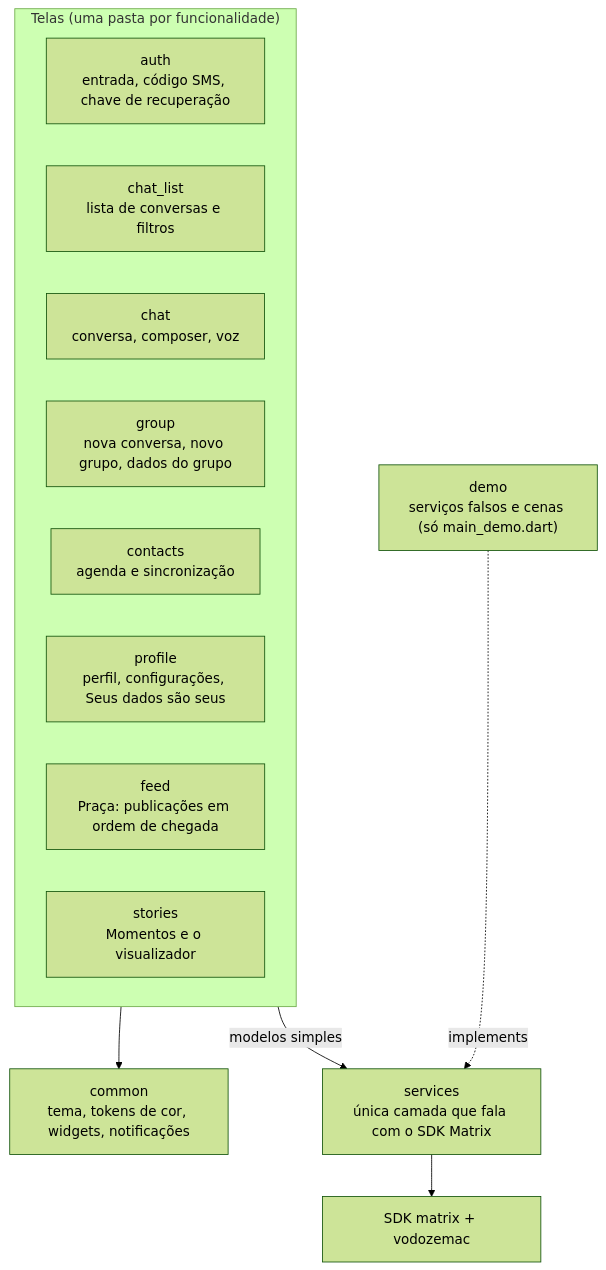
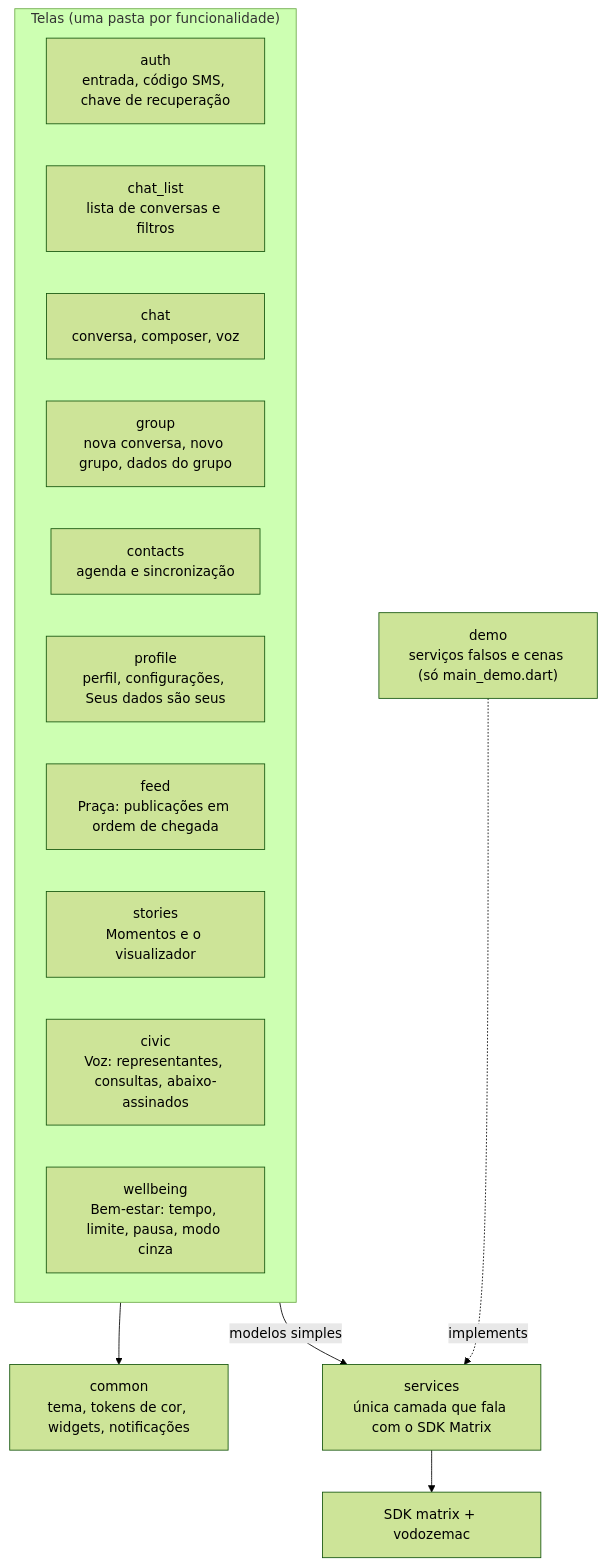
One commit to kaiomp/alo changed the diagram in app/README.md. Above: the diagram before and after it, drawn with Mermaid (forest theme). The commit also changed other lines of this file and 2 other files, not shown here.

Commit message:
Document Voz, Bem-estar and the offline demo build

````diff
--- a/app/README.md
+++ b/app/README.md
@@ -44,21 +44,23 @@
 ```mermaid
 flowchart TD
     subgraph telas["Telas (uma pasta por funcionalidade)"]
         auth["auth<br/>entrada, código SMS, chave de recuperação"]
         list["chat_list<br/>lista de conversas e filtros"]
         chat["chat<br/>conversa, composer, voz"]
         group["group<br/>nova conversa, novo grupo, dados do grupo"]
         contacts["contacts<br/>agenda e sincronização"]
         profile["profile<br/>perfil, configurações, Seus dados são seus"]
         feed["feed<br/>Praça: publicações em ordem de chegada"]
         stories["stories<br/>Momentos e o visualizador"]
+        civic["civic<br/>Voz: representantes, consultas, abaixo-assinados"]
+        wellbeing["wellbeing<br/>Bem-estar: tempo, limite, pausa, modo cinza"]
     end
     demo["demo<br/>serviços falsos e cenas (só main_demo.dart)"]
     common["common<br/>tema, tokens de cor, widgets, notificações"]
     services["services<br/>única camada que fala com o SDK Matrix"]
     sdk["SDK matrix + vodozemac"]
     telas --> common
     telas -- "modelos simples" --> services
     services --> sdk
     demo -. "implements" .-> services
 ```
````
